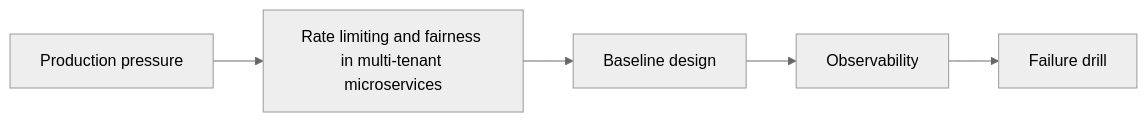
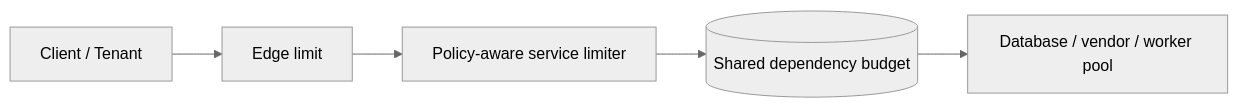
Before and after one commit to sandeepbhardwaj/sandeepbhardwaj.github.io: the diagram in _posts/2026-08-08-microservices-rate-limiting-fairness-multitenant-part-1.md, drawn with Mermaid (neutral theme). The commit also changed other lines of this file and 113 other files, not shown here.

````diff
--- a/_posts/2026-08-08-microservices-rate-limiting-fairness-multitenant-part-1.md
+++ b/_posts/2026-08-08-microservices-rate-limiting-fairness-multitenant-part-1.md
@@ -57,7 +102,7 @@
 ```mermaid
 flowchart LR
-    A[Production pressure] --> B[Rate limiting and fairness in multi-tenant microservices]
-    B --> C[Baseline design]
-    C --> D[Observability]
-    D --> E[Failure drill]
+    C[Client / Tenant] --> G[Edge limit]
+    G --> P[Policy-aware service limiter]
+    P --> D[(Shared dependency budget)]
+    D --> S[Database / vendor / worker pool]
 ```
````
